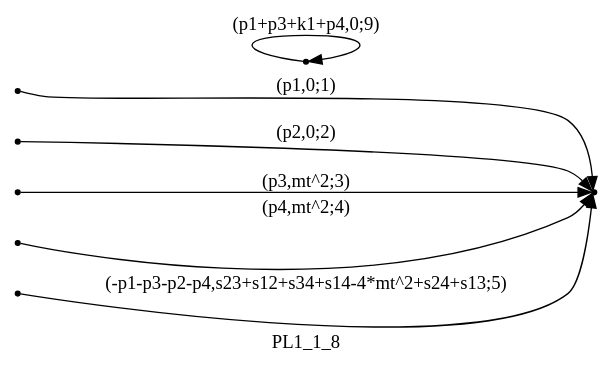
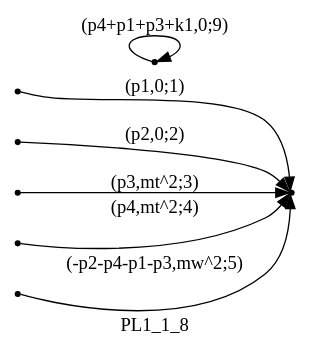
The diagram in 1loopAmplitude/Reduze/graphs/PL1/all/PL1_1_08.dot (UsHnBaGp/Wtt), drawn with Graphviz before and after one commit. The commit also changed 163 other files, not shown here.

```diff
--- a/1loopAmplitude/Reduze/graphs/PL1/all/PL1_1_08.dot
+++ b/1loopAmplitude/Reduze/graphs/PL1/all/PL1_1_08.dot
@@ -1,20 +1,20 @@
 digraph PL1_1_8 {
   label="PL1_1_8";
   rankdir="LR";
   subgraph edges {
     -1 -> 1 [label="(p1,0;1)"];
     -2 -> 1 [label="(p2,0;2)"];
     -3 -> 1 [label="(p3,mt^2;3)"];
     -4 -> 1 [label="(p4,mt^2;4)"];
-    -5 -> 1 [label="(-p1-p3-p2-p4,s23+s12+s34+s14-4*mt^2+s24+s13;5)"];
-    2 -> 2 [label="(p1+p3+k1+p4,0;9)"];
+    -5 -> 1 [label="(-p2-p4-p1-p3,mw^2;5)"];
+    2 -> 2 [label="(p4+p1+p3+k1,0;9)"];
   }
   subgraph incoming { rank="source"; -1; -2; -3; -4; -5; }
 -5 [shape=point];
 -4 [shape=point];
 -3 [shape=point];
 -2 [shape=point];
 -1 [shape=point];
 1 [shape=point];
 2 [shape=point];
 }
```
